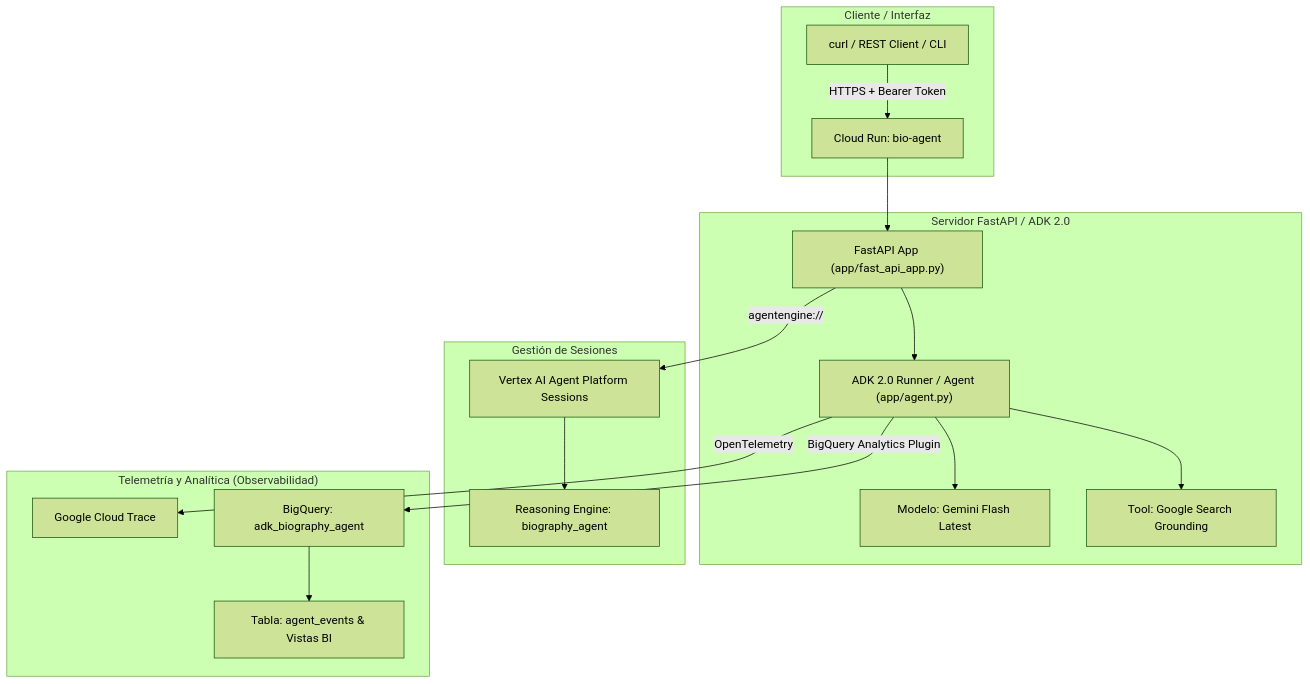
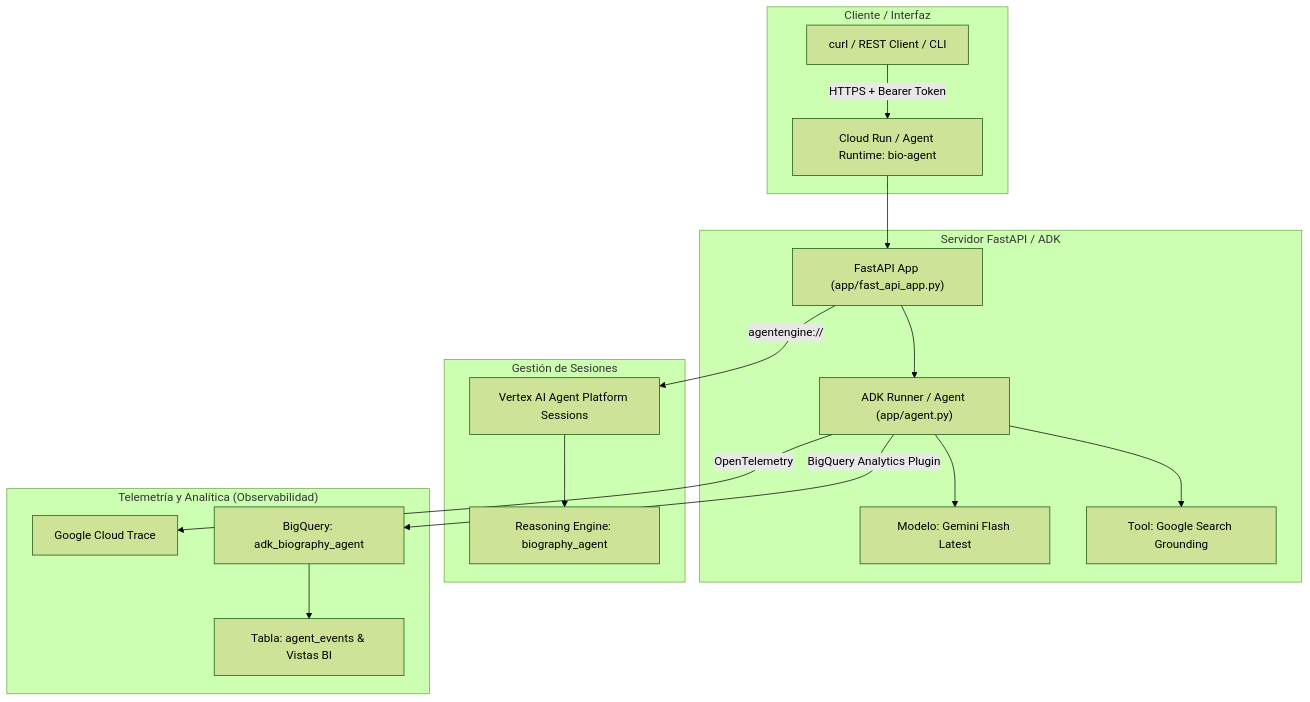
One commit to johburn/adk_pii_redaction changed the first of 3 diagrams in README.md. Above: the diagram before and after it, drawn with Mermaid (forest theme). The commit also changed other lines of this file and 3 other files, not shown here.

````diff
--- a/README.md
+++ b/README.md
@@ -19,24 +19,24 @@
 ```mermaid
 graph TD
     subgraph Cliente["Cliente / Interfaz"]
-        A["curl / REST Client / CLI"] -->|"HTTPS + Bearer Token"| B["Cloud Run: bio-agent"]
+        A["curl / REST Client / CLI"] -->|"HTTPS + Bearer Token"| B["Cloud Run / Agent Runtime: bio-agent"]
     end
 
-    subgraph Servidor["Servidor FastAPI / ADK 2.0"]
+    subgraph Servidor["Servidor FastAPI / ADK"]
         B --> C["FastAPI App (app/fast_api_app.py)"]
-        C --> D["ADK 2.0 Runner / Agent (app/agent.py)"]
+        C --> D["ADK Runner / Agent (app/agent.py)"]
         D --> E["Modelo: Gemini Flash Latest"]
         D --> F["Tool: Google Search Grounding"]
     end
 
     subgraph Sesiones["Gestión de Sesiones"]
         C -->|"agentengine://"| G["Vertex AI Agent Platform Sessions"]
         G --> H["Reasoning Engine: biography_agent"]
     end
 
     subgraph Observabilidad["Telemetría y Analítica (Observabilidad)"]
         D -->|"OpenTelemetry"| I["Google Cloud Trace"]
         D -->|"BigQuery Analytics Plugin"| K["BigQuery: adk_biography_agent"]
         K --> L["Tabla: agent_events & Vistas BI"]
     end
 ```
````
